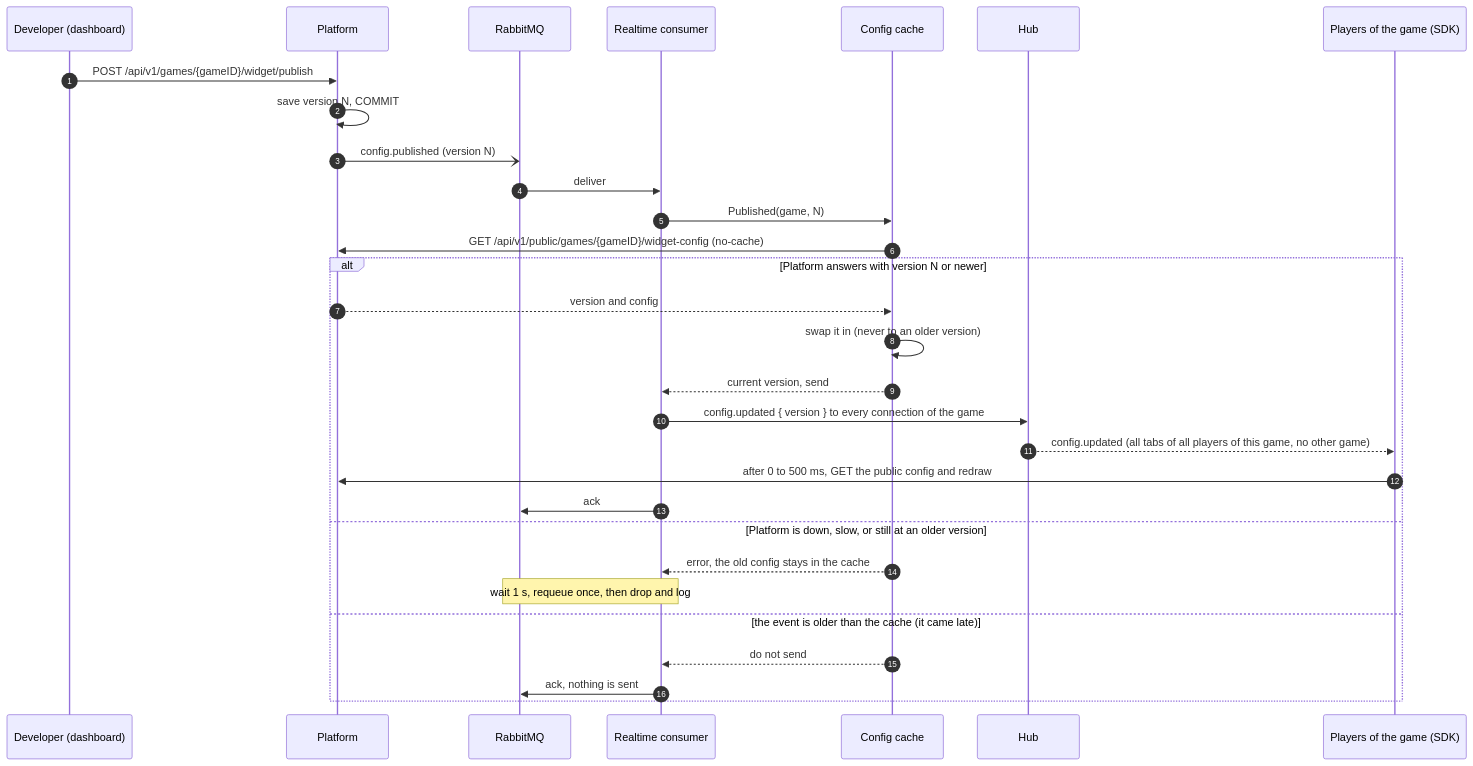
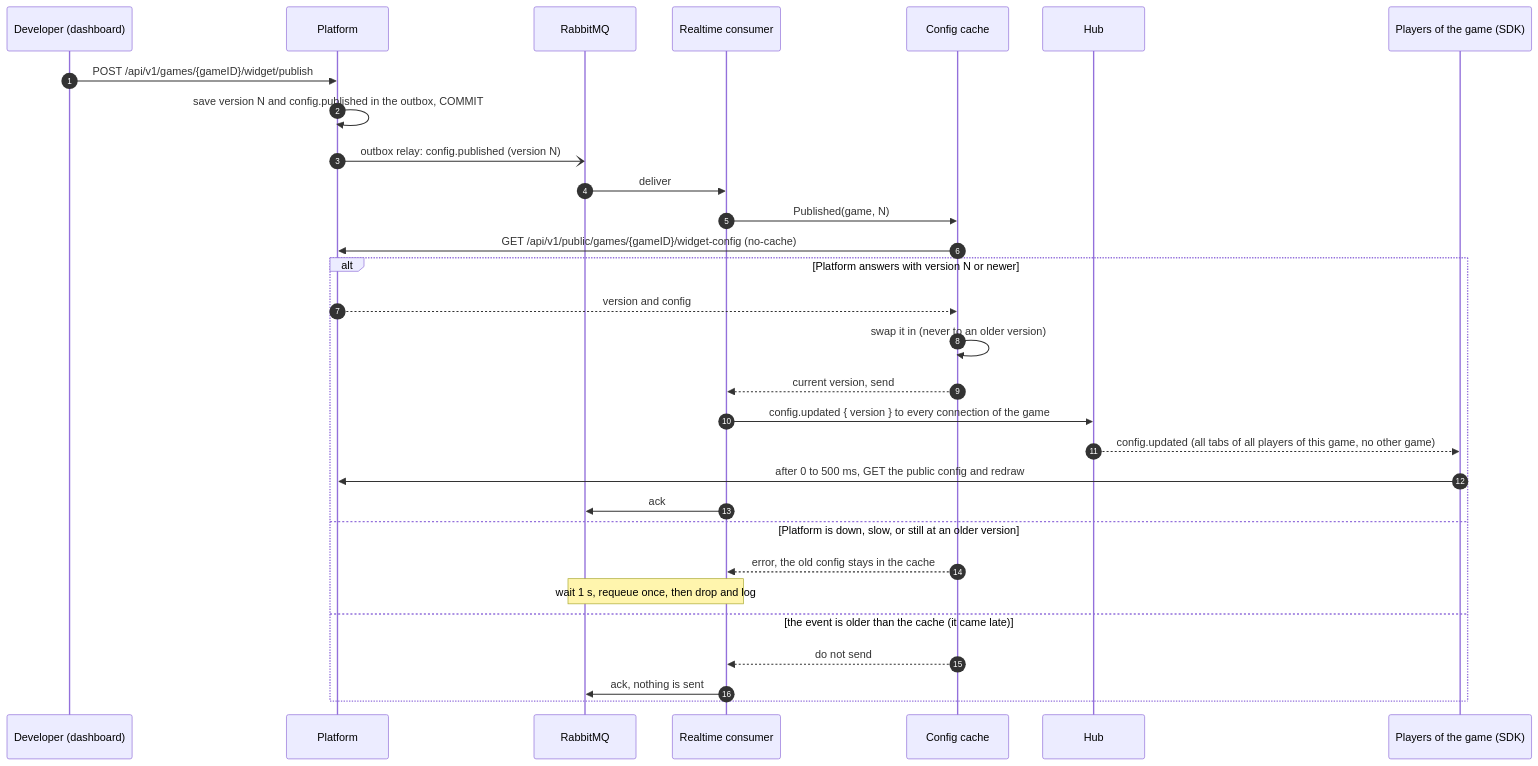
One commit to Sociable-platform/clan-backend changed diagram 11 of 12 in docs/realtime-flow.md. Above: the diagram before and after it, drawn with Mermaid. The commit also changed other lines of this file and 24 other files, not shown here.

First line of the commit message:
feat(platform): write events to the outbox in the change's transaction

````diff
--- a/docs/realtime-flow.md
+++ b/docs/realtime-flow.md
@@ -461,33 +461,33 @@
 ```mermaid
 sequenceDiagram
     autonumber
     participant Dev as Developer (dashboard)
     participant Platform
     participant MQ as RabbitMQ
     participant Cons as Realtime consumer
     participant Cache as Config cache
     participant Hub
     participant P as Players of the game (SDK)
 
     Dev->>Platform: POST /api/v1/games/{gameID}/widget/publish
-    Platform->>Platform: save version N, COMMIT
-    Platform-)MQ: config.published (version N)
+    Platform->>Platform: save version N and config.published in the outbox, COMMIT
+    Platform-)MQ: outbox relay: config.published (version N)
     MQ->>Cons: deliver
     Cons->>Cache: Published(game, N)
     Cache->>Platform: GET /api/v1/public/games/{gameID}/widget-config (no-cache)
     alt Platform answers with version N or newer
         Platform-->>Cache: version and config
         Cache->>Cache: swap it in (never to an older version)
         Cache-->>Cons: current version, send
         Cons->>Hub: config.updated { version } to every connection of the game
         Hub-->>P: config.updated (all tabs of all players of this game, no other game)
         P->>Platform: after 0 to 500 ms, GET the public config and redraw
         Cons->>MQ: ack
     else Platform is down, slow, or still at an older version
         Cache-->>Cons: error, the old config stays in the cache
         Note over Cons,MQ: wait 1 s, requeue once, then drop and log
     else the event is older than the cache (it came late)
         Cache-->>Cons: do not send
         Cons->>MQ: ack, nothing is sent
     end
 ```
````
